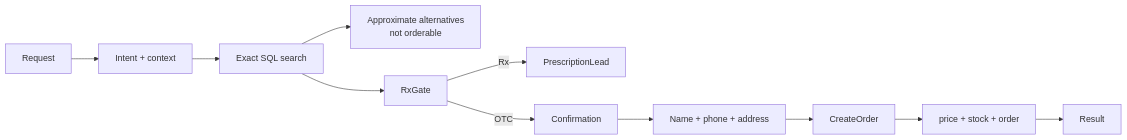
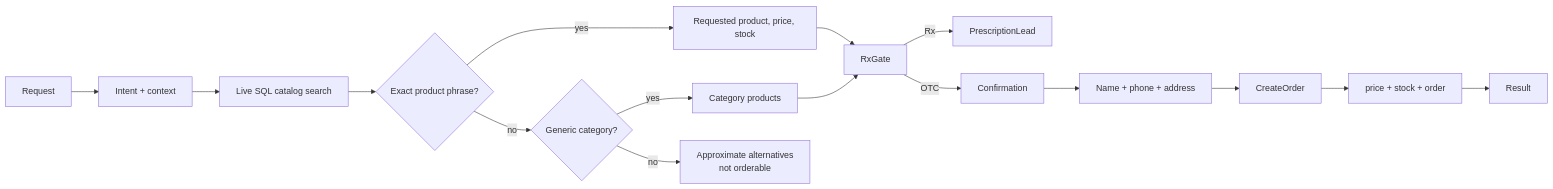
Before and after one commit to RowanFayez/ShifaPharmacy_AISales_CustomerServiceAgent: the diagram in docs/diagrams/order.mmd, drawn with Mermaid. The commit also changed 4 other files, not shown here.

Commit message:
Enhance product search to prioritize specific vitamin queries and add corresponding tests

```diff
--- a/docs/diagrams/order.mmd
+++ b/docs/diagrams/order.mmd
@@ -1,8 +1,13 @@
 flowchart LR
   Request --> Intent[Intent + context]
-  Intent --> Catalog[Exact SQL search]
-  Catalog --> Approx[Approximate alternatives\nnot orderable]
-  Catalog --> RxGate
+  Intent --> Catalog[Live SQL catalog search]
+  Catalog --> Exact{Exact product phrase?}
+  Exact -- yes --> Product[Requested product, price, stock]
+  Exact -- no --> Category{Generic category?}
+  Category -- yes --> Products[Category products]
+  Category -- no --> Approx[Approximate alternatives\nnot orderable]
+  Product --> RxGate
+  Products --> RxGate
   RxGate -- Rx --> PrescriptionLead
   RxGate -- OTC --> Confirmation --> Details[Name + phone + address]
   Details --> CreateOrder --> Transaction[price + stock + order] --> Result
```
